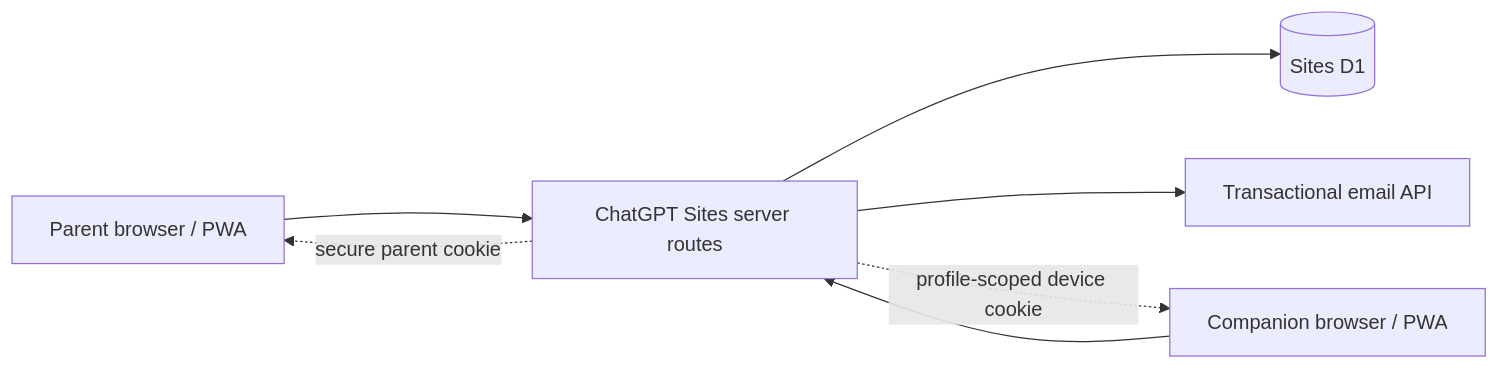
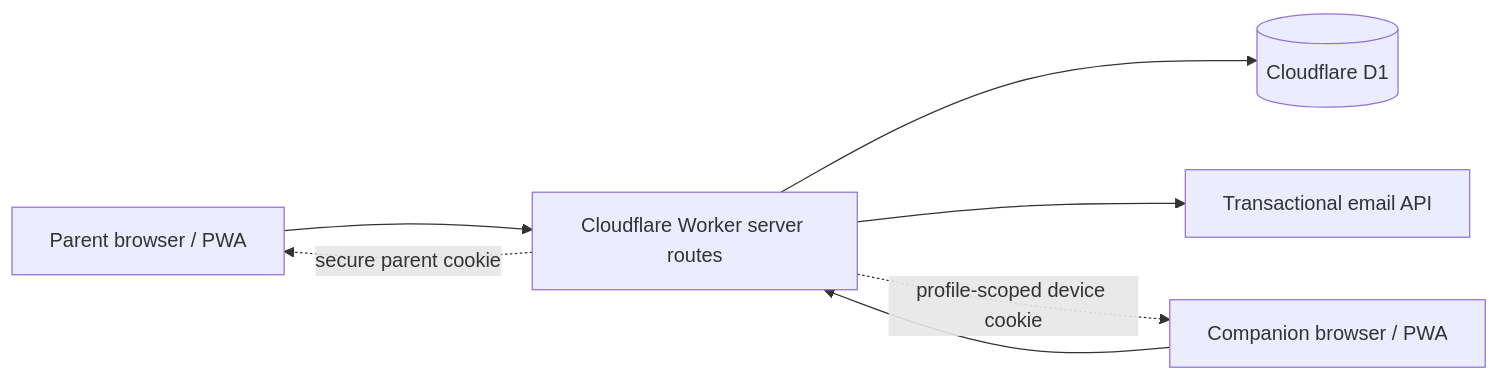
The diagram in docs/DEVELOPMENT.md (irwan6179/ruutin), drawn with Mermaid before and after one commit. The commit also changed other lines of this file and 15 other files, not shown here.

````diff
--- a/docs/DEVELOPMENT.md
+++ b/docs/DEVELOPMENT.md
@@ -70,9 +73,9 @@
 ```mermaid
 flowchart LR
-    P["Parent browser / PWA"] --> S["ChatGPT Sites server routes"]
+    P["Parent browser / PWA"] --> S["Cloudflare Worker server routes"]
     C["Companion browser / PWA"] --> S
-    S --> D[("Sites D1")]
+    S --> D[("Cloudflare D1")]
     S --> E["Transactional email API"]
     S -. "secure parent cookie" .-> P
     S -. "profile-scoped device cookie" .-> C
 ```
````
